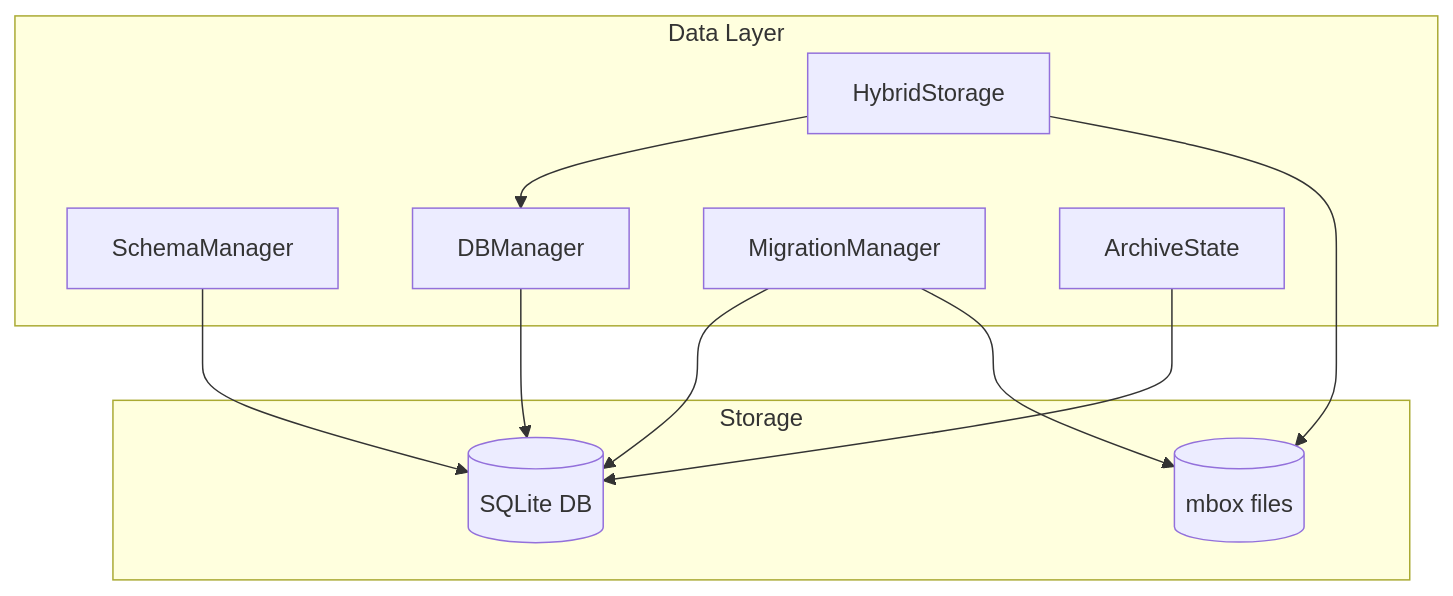
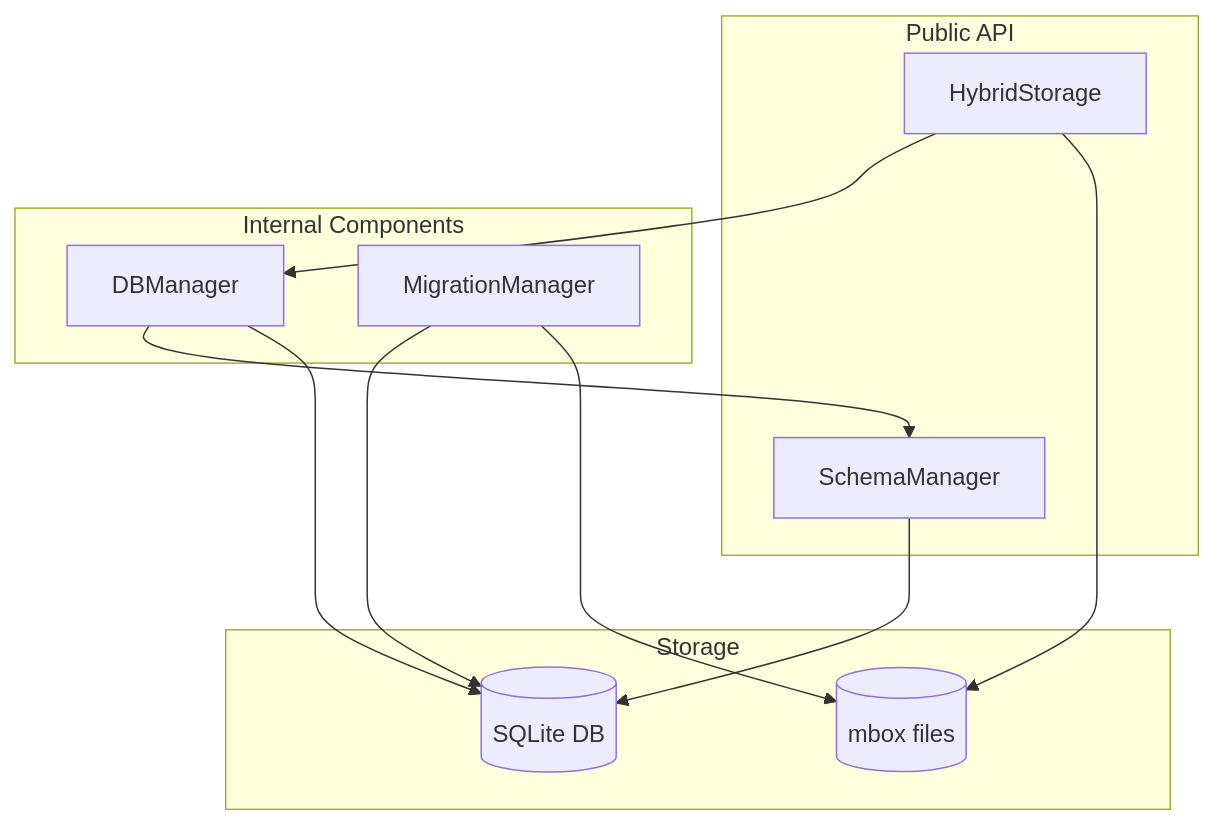
One commit to tumma72/GMailArchiver changed the sixth of 7 diagrams in src/gmailarchiver/data/ARCHITECTURE.md. Above: the diagram before and after it, drawn with Mermaid. The commit also changed other lines of this file and 53 other files, not shown here.

First line of the commit message:
refactor: Major architecture cleanup - HybridStorage as single data gateway

````diff
--- a/src/gmailarchiver/data/ARCHITECTURE.md
+++ b/src/gmailarchiver/data/ARCHITECTURE.md
@@ -243,23 +440,25 @@
 ```mermaid
 graph TB
-    subgraph "Data Layer"
+    subgraph "Public API"
+        HS[HybridStorage]
         SM[SchemaManager]
+    end
+
+    subgraph "Internal Components"
         DB[DBManager]
-        HS[HybridStorage]
         MIG[MigrationManager]
-        STATE[ArchiveState]
     end
 
     subgraph "Storage"
         SQLite[(SQLite DB)]
         MBOX[(mbox files)]
     end
 
-    SM --> SQLite
-    DB --> SQLite
     HS --> DB
     HS --> MBOX
+    DB --> SM
     MIG --> SQLite
     MIG --> MBOX
-    STATE --> SQLite
+    DB --> SQLite
+    SM --> SQLite
 ```
````
